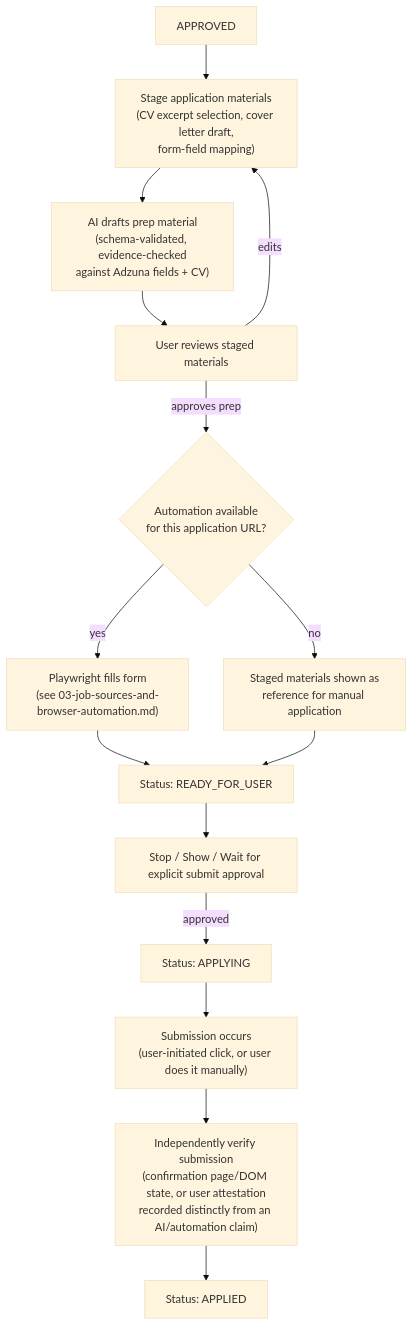
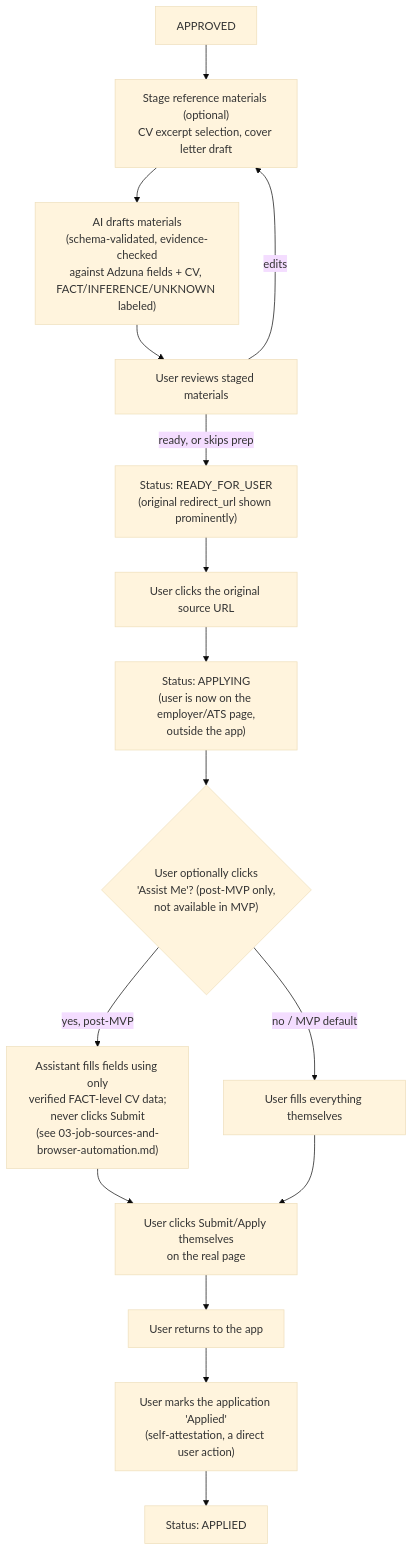
Before and after one commit to wassimrahoui/adhd-job-agent: the second of 3 diagrams in docs/04-application-lifecycle-and-email.md, drawn with Mermaid (base theme). The commit also changed other lines of this file and 5 other files, not shown here.

````diff
--- a/docs/04-application-lifecycle-and-email.md
+++ b/docs/04-application-lifecycle-and-email.md
@@ -45,17 +55,18 @@
 ```mermaid
 flowchart TD
-    APPROVED["APPROVED"] --> STAGE["Stage application materials\n(CV excerpt selection, cover letter draft,\nform-field mapping)"]
-    STAGE --> AIPREP["AI drafts prep material\n(schema-validated, evidence-checked\nagainst Adzuna fields + CV)"]
+    APPROVED["APPROVED"] --> STAGE["Stage reference materials (optional)\nCV excerpt selection, cover letter draft"]
+    STAGE --> AIPREP["AI drafts materials\n(schema-validated, evidence-checked\nagainst Adzuna fields + CV, FACT/INFERENCE/UNKNOWN labeled)"]
     AIPREP --> USERREVIEW["User reviews staged materials"]
     USERREVIEW -->|edits| STAGE
-    USERREVIEW -->|approves prep| AUTOFILL{"Automation available\nfor this application URL?"}
-    AUTOFILL -->|yes| PWFILL["Playwright fills form\n(see 03-job-sources-and-browser-automation.md)"]
-    AUTOFILL -->|no| MANUAL["Staged materials shown as\nreference for manual application"]
-    PWFILL --> READY["Status: READY_FOR_USER"]
-    MANUAL --> READY
-    READY --> CONFIRM["Stop / Show / Wait for explicit submit approval"]
-    CONFIRM -->|approved| APPLYING["Status: APPLYING"]
-    APPLYING --> SUBMIT["Submission occurs\n(user-initiated click, or user does it manually)"]
-    SUBMIT --> VERIFYSUBMIT["Independently verify submission\n(confirmation page/DOM state, or user attestation\nrecorded distinctly from an AI/automation claim)"]
-    VERIFYSUBMIT --> APPLIED["Status: APPLIED"]
+    USERREVIEW -->|ready, or skips prep| READY["Status: READY_FOR_USER\n(original redirect_url shown prominently)"]
+    READY --> CLICK["User clicks the original source URL"]
+    CLICK --> APPLYING["Status: APPLYING\n(user is now on the employer/ATS page,\noutside the app)"]
+    APPLYING --> ASSISTOPT{"User optionally clicks\n'Assist Me'? (post-MVP only,\nnot available in MVP)"}
+    ASSISTOPT -->|yes, post-MVP| ASSIST["Assistant fills fields using only\nverified FACT-level CV data;\nnever clicks Submit\n(see 03-job-sources-and-browser-automation.md)"]
+    ASSISTOPT -->|no / MVP default| MANUAL["User fills everything themselves"]
+    ASSIST --> USERSUBMIT["User clicks Submit/Apply themselves\non the real page"]
+    MANUAL --> USERSUBMIT
+    USERSUBMIT --> RETURN["User returns to the app"]
+    RETURN --> SELFATTEST["User marks the application 'Applied'\n(self-attestation, a direct user action)"]
+    SELFATTEST --> APPLIED["Status: APPLIED"]
 ```
````
